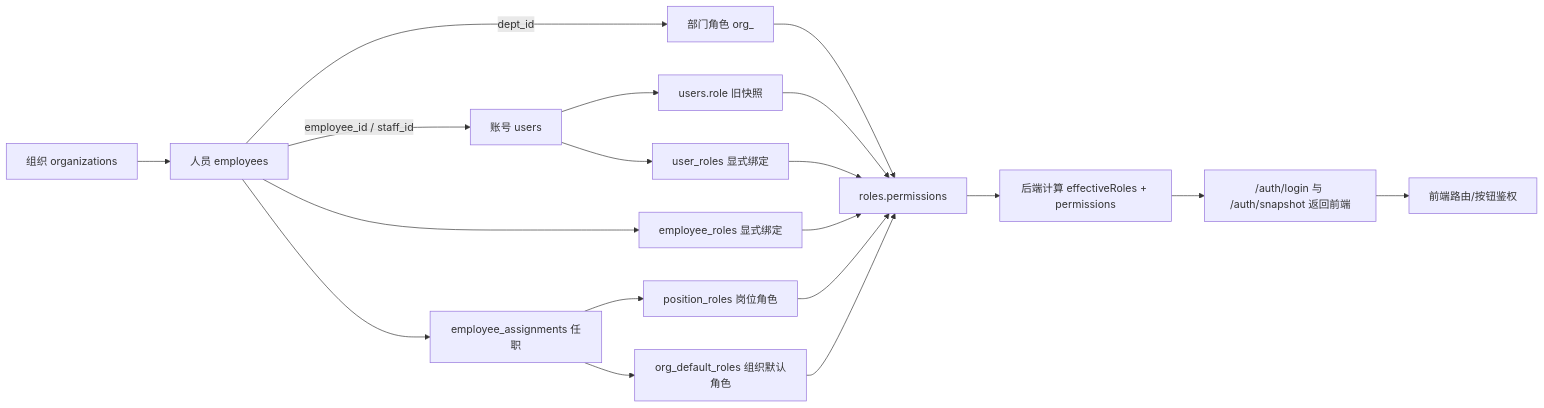
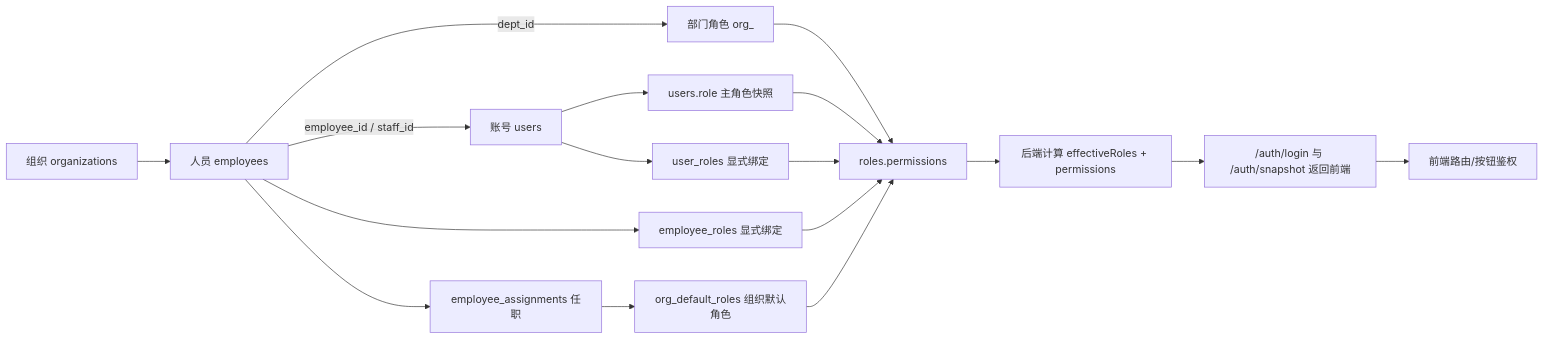
Before and after one commit to tanzanite2025/erp-mes-crm-plm: the diagram in docs/architecture/组织-人员-账号-权限链路梳理.md, drawn with Mermaid. The commit also changed other lines of this file and 13 other files, not shown here.

Commit message:
docs: close stale architecture and security notes

````diff
--- a/docs/architecture/组织-人员-账号-权限链路梳理.md
+++ b/docs/architecture/组织-人员-账号-权限链路梳理.md
@@ -60,21 +60,19 @@
 ```mermaid
 flowchart LR
     A["组织 organizations"] --> B["人员 employees"]
     B -->|dept_id| C["部门角色 org_<deptId>"]
     B -->|employee_id / staff_id| D["账号 users"]
-    D --> E["users.role 旧快照"]
+    D --> E["users.role 主角色快照"]
     D --> F["user_roles 显式绑定"]
     B --> G["employee_roles 显式绑定"]
     B --> H["employee_assignments 任职"]
-    H --> I["position_roles 岗位角色"]
     H --> J["org_default_roles 组织默认角色"]
     C --> K["roles.permissions"]
     E --> K
     F --> K
     G --> K
-    I --> K
     J --> K
     K --> L["后端计算 effectiveRoles + permissions"]
     L --> M["/auth/login 与 /auth/snapshot 返回前端"]
     M --> N["前端路由/按钮鉴权"]
 ```
````
